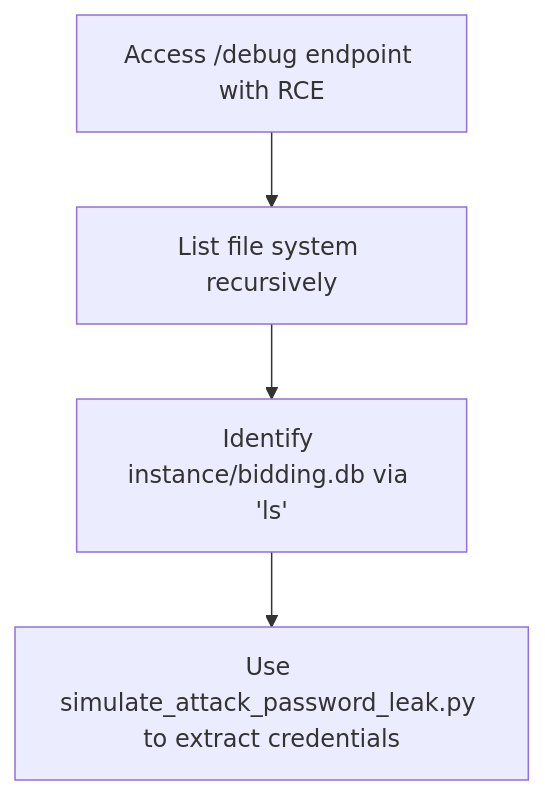
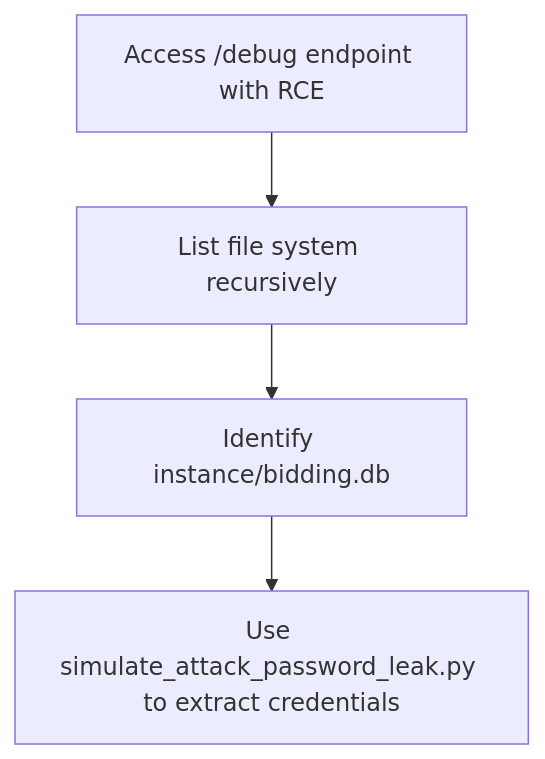
Before and after one commit to qijia0810/S_P-Course-work_Group_22: the diagram in chain1/readme.md, drawn with Mermaid. The commit also changed 12 other files, not shown here.

````diff
--- a/chain1/readme.md
+++ b/chain1/readme.md
@@ -7,6 +7,6 @@
 ```mermaid
 graph TD
     A1[Access /debug endpoint with RCE] --> A2[List file system recursively]
-    A2 --> A3[Identify instance/bidding.db via 'ls']
+    A2 --> A3[Identify instance/bidding.db]
     A3 --> A4[Use simulate_attack_password_leak.py to extract credentials]
 ```
````
